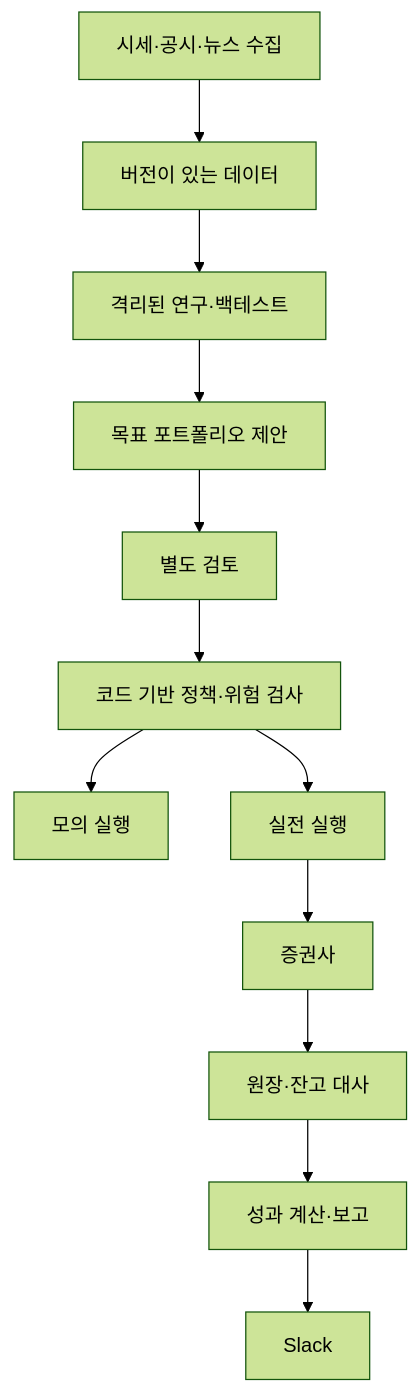
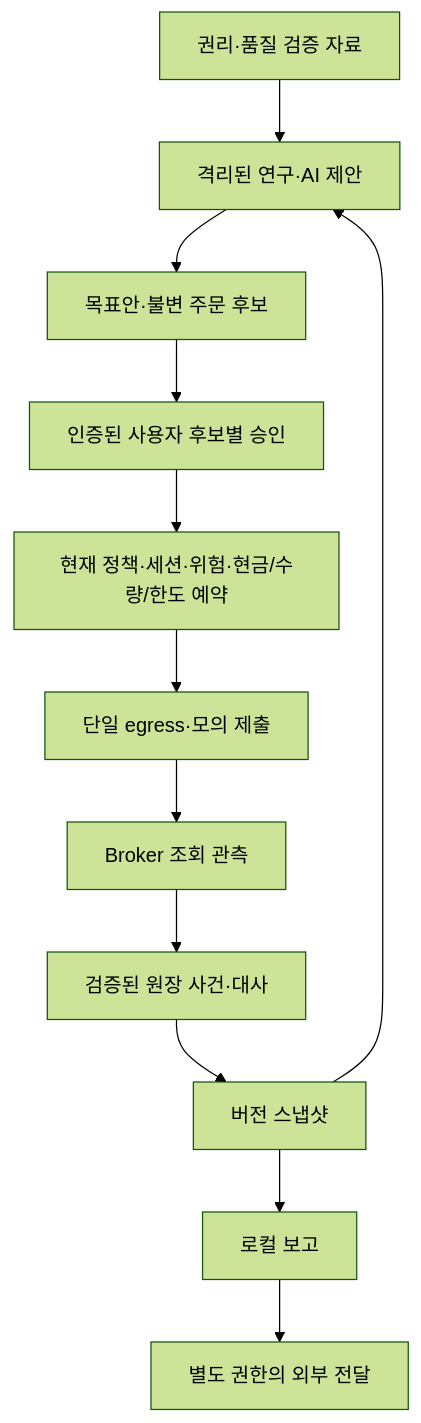
Before and after one commit to bocopile/QuantHarbor: the diagram in docs/architecture.md, drawn with Mermaid (forest theme). The commit also changed other lines of this file and 505 other files, not shown here.

````diff
--- a/docs/architecture.md
+++ b/docs/architecture.md
@@ -20,14 +20,14 @@
 ```mermaid
 flowchart TD
-    D[시세·공시·뉴스 수집] --> S[버전이 있는 데이터]
-    S --> R[격리된 연구·백테스트]
-    R --> P[목표 포트폴리오 제안]
-    P --> V[별도 검토]
-    V --> G[코드 기반 정책·위험 검사]
-    G --> M[모의 실행]
-    G --> L[실전 실행]
-    L --> B[증권사]
-    B --> A[원장·잔고 대사]
-    A --> N[성과 계산·보고]
-    N --> K[Slack]
+    DATA[권리·품질 검증 자료] --> RESEARCH[격리된 연구·AI 제안]
+    QUERY[Broker 조회 관측] --> LEDGER[검증된 원장 사건·대사]
+    LEDGER --> SNAP[버전 스냅샷]
+    SNAP --> RESEARCH
+    RESEARCH --> TARGET[목표안·불변 주문 후보]
+    TARGET --> USER[인증된 사용자 후보별 승인]
+    USER --> CHECK[현재 정책·세션·위험·현금/수량/한도 예약]
+    CHECK --> DISPATCH[단일 egress·모의 제출]
+    DISPATCH --> QUERY
+    SNAP --> REPORT[로컬 보고]
+    REPORT --> DELIVERY[별도 권한의 외부 전달]
 ```
````
